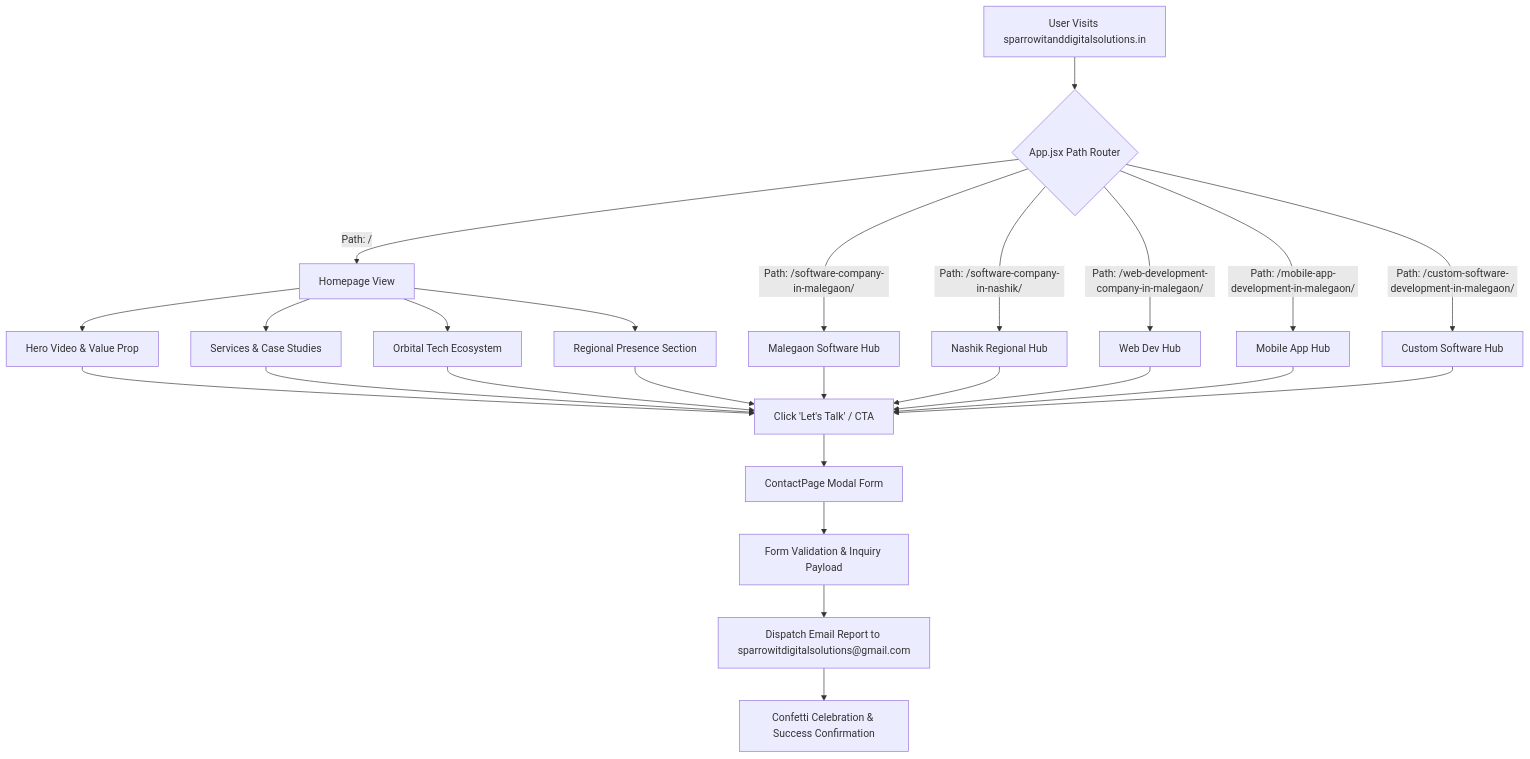
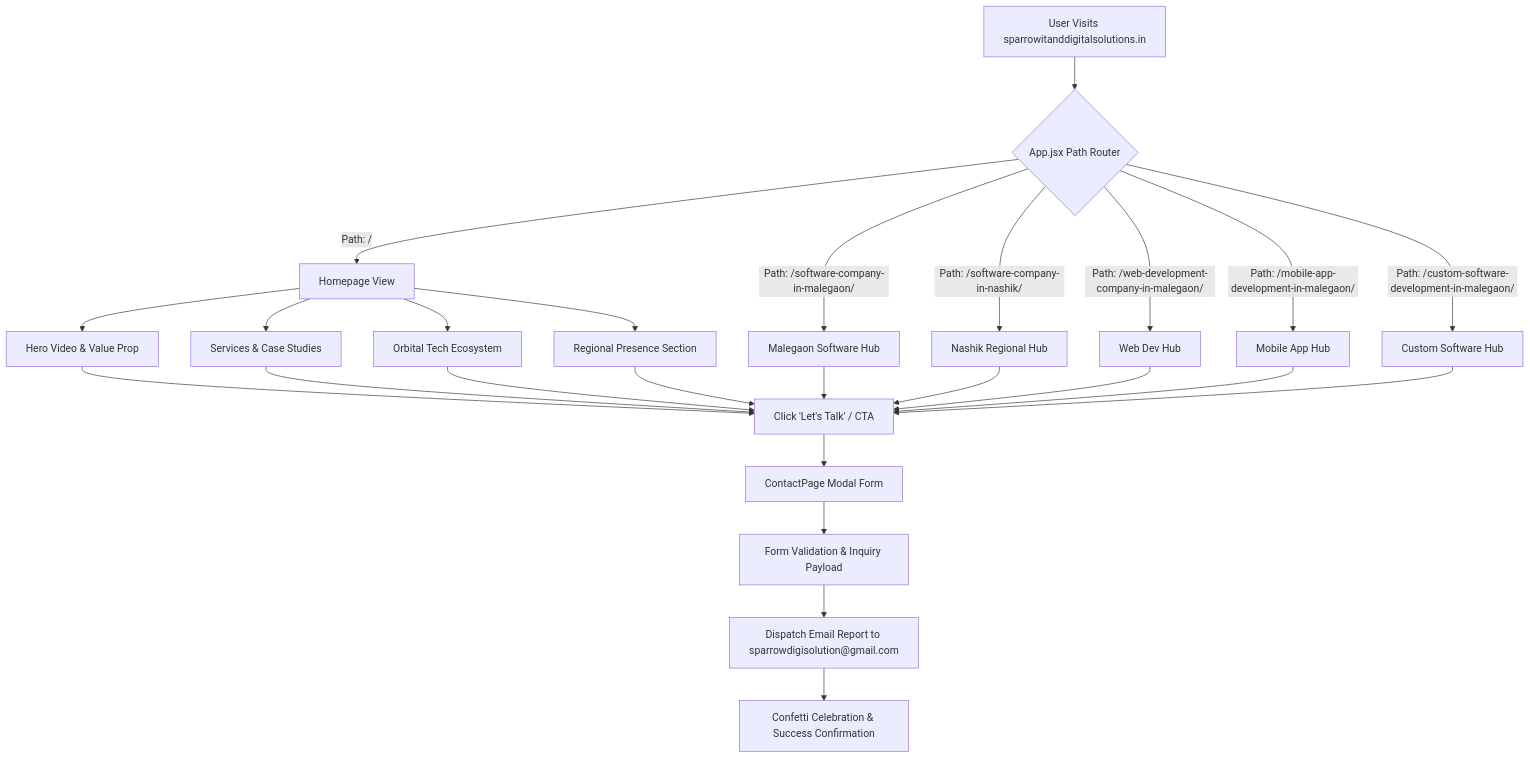
Before and after one commit to vaibhavdhondge28-ui/sparrow-website-vaibhav: the diagram in PROJECT_DOCUMENTATION.md, drawn with Mermaid. The commit also changed other lines of this file and 52 other files, not shown here.

Commit message:
feat: complete website refactor with SEO service pages, priority location hubs, brand assets, WebP image optimization, and Schema.org structured data

````diff
--- a/PROJECT_DOCUMENTATION.md
+++ b/PROJECT_DOCUMENTATION.md
@@ -92,22 +92,22 @@
 ```mermaid
 graph TD
     A[User Visits sparrowitanddigitalsolutions.in] --> B{App.jsx Path Router}
     
     B -->|Path: / | C[Homepage View]
     B -->|Path: /software-company-in-malegaon/ | D[Malegaon Software Hub]
     B -->|Path: /software-company-in-nashik/ | E[Nashik Regional Hub]
     B -->|Path: /web-development-company-in-malegaon/ | F[Web Dev Hub]
     B -->|Path: /mobile-app-development-in-malegaon/ | G[Mobile App Hub]
     B -->|Path: /custom-software-development-in-malegaon/ | H[Custom Software Hub]
     
     C --> I[Hero Video & Value Prop]
     C --> J[Services & Case Studies]
     C --> K[Orbital Tech Ecosystem]
     C --> L[Regional Presence Section]
     
     I & J & K & L & D & E & F & G & H --> M[Click 'Let's Talk' / CTA]
     M --> N[ContactPage Modal Form]
     N --> O[Form Validation & Inquiry Payload]
-    O --> P[Dispatch Email Report to sparrowitdigitalsolutions@gmail.com]
+    O --> P[Dispatch Email Report to sparrowdigisolution@gmail.com]
     P --> Q[Confetti Celebration & Success Confirmation]
 ```
````
